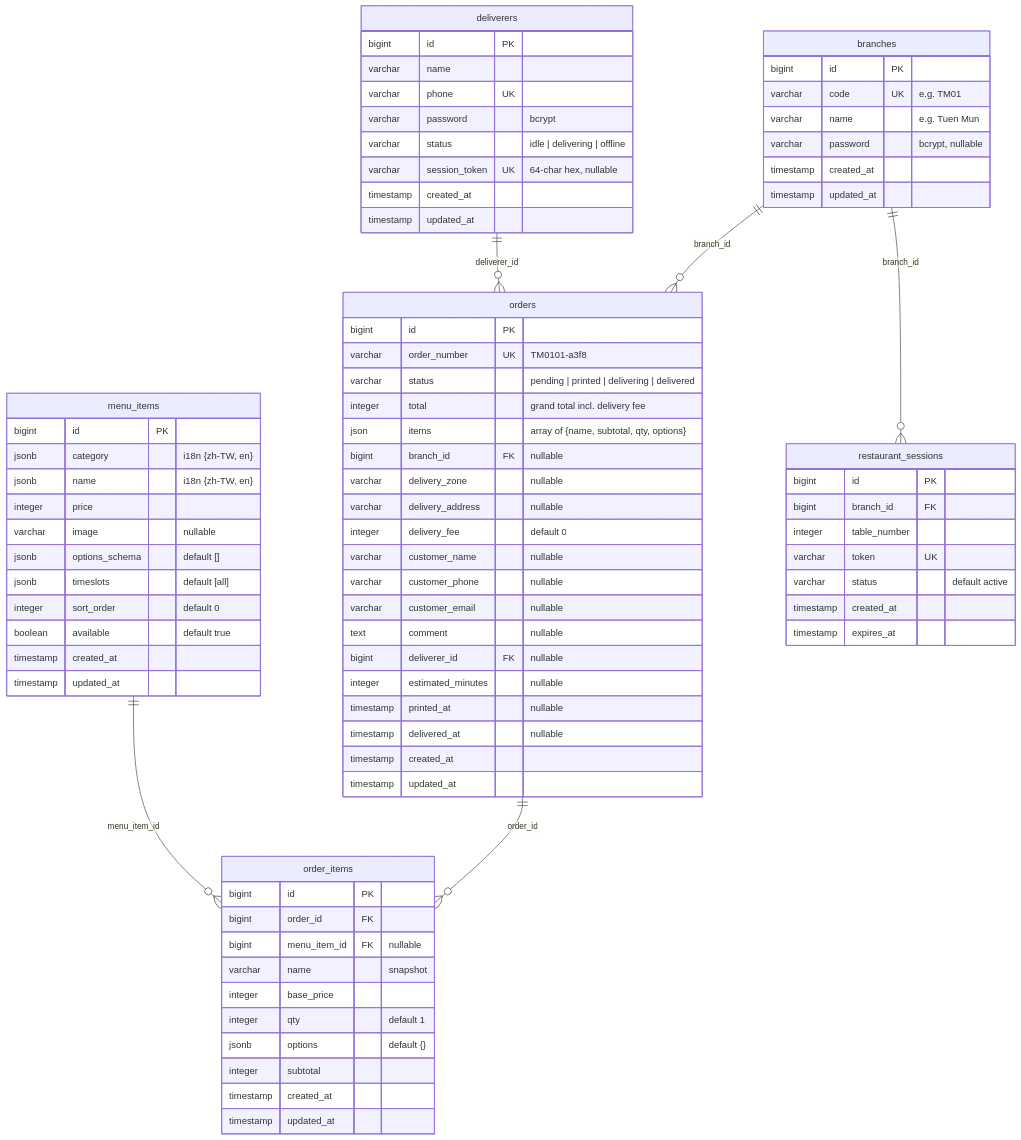
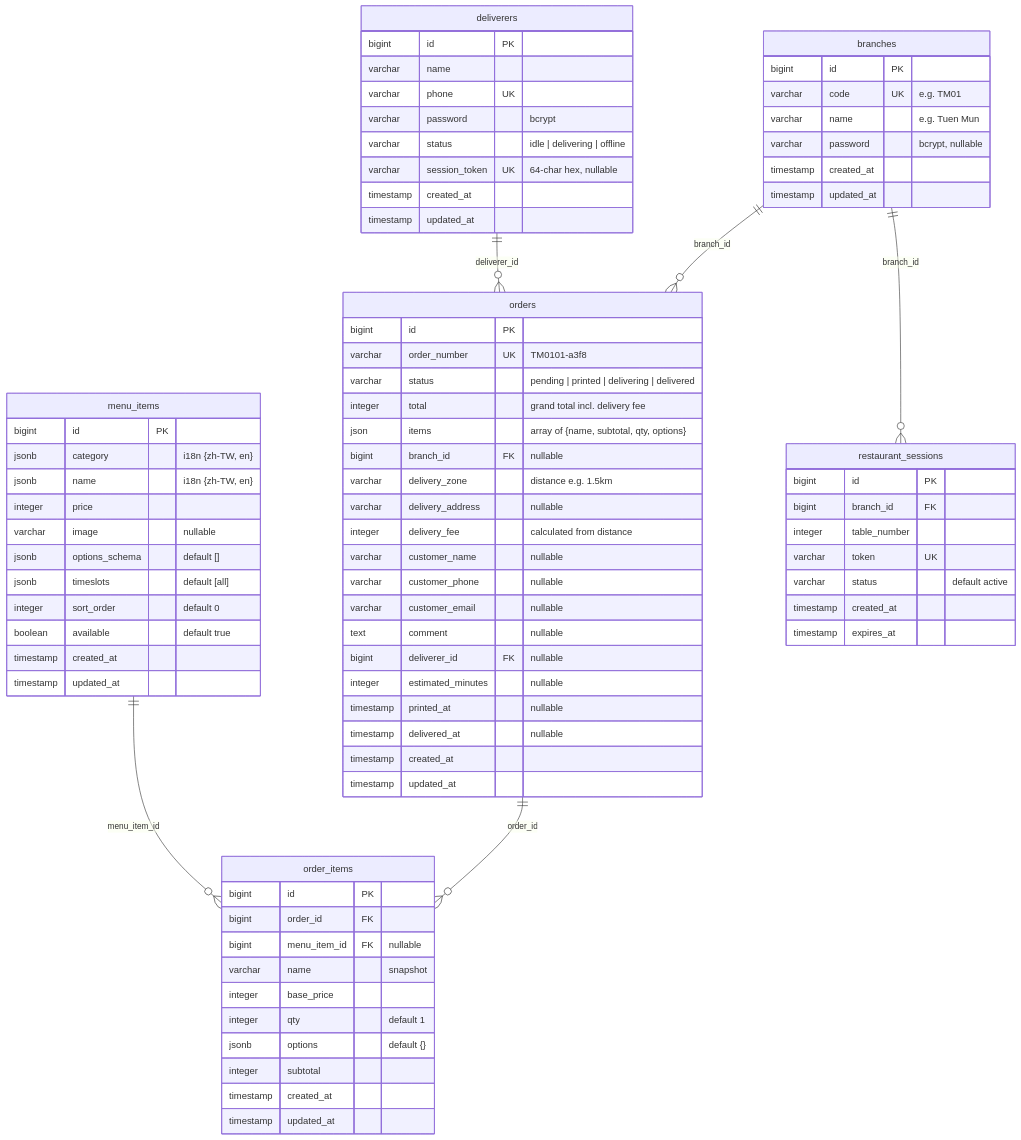
Before and after one commit to HKPooPoo/My_CLI_Re: the first of 4 diagrams in frontend/pages/restaurant/ERD.md, drawn with Mermaid. The commit also changed other lines of this file, not shown here.

First line of the commit message:
Update ERD: add Google Maps, Stripe, distance-based fees, new routes

```diff
--- a/frontend/pages/restaurant/ERD.md
+++ b/frontend/pages/restaurant/ERD.md
@@ -37,9 +37,9 @@
         integer total "grand total incl. delivery fee"
         json items "array of {name, subtotal, qty, options}"
         bigint branch_id FK "nullable"
-        varchar delivery_zone "nullable"
+        varchar delivery_zone "distance e.g. 1.5km"
         varchar delivery_address "nullable"
-        integer delivery_fee "default 0"
+        integer delivery_fee "calculated from distance"
         varchar customer_name "nullable"
         varchar customer_phone "nullable"
         varchar customer_email "nullable"
```
